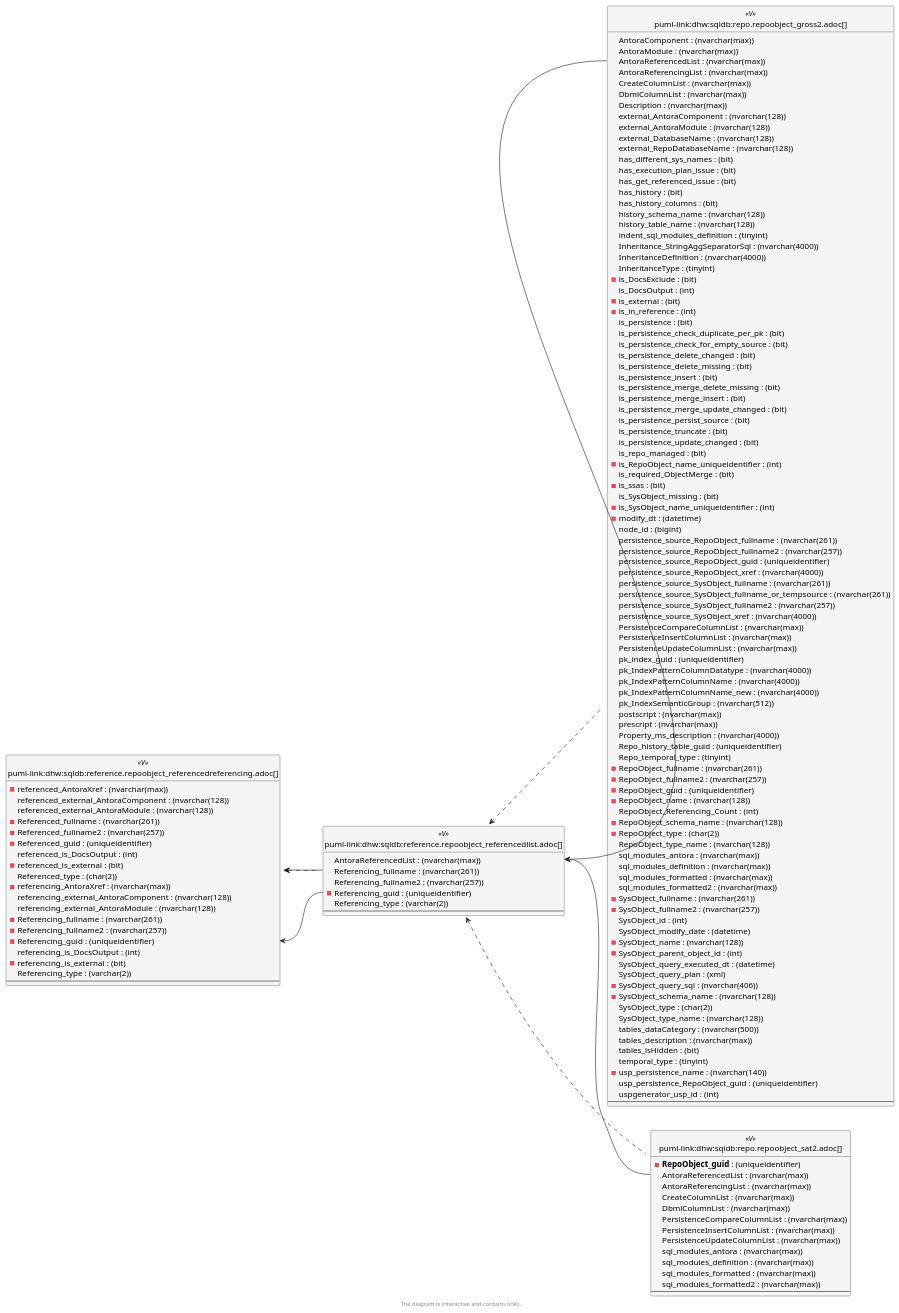
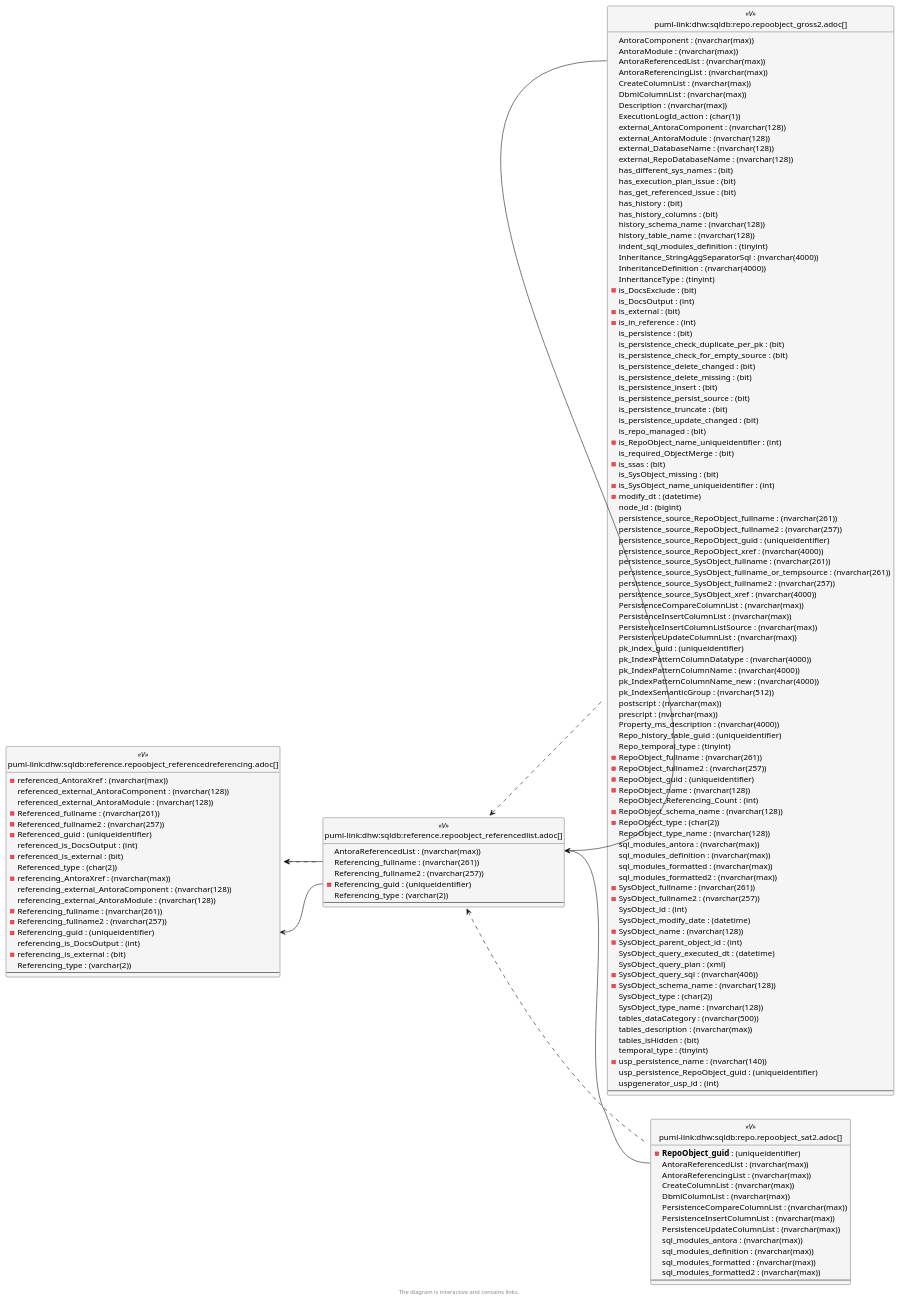
The sixth of 6 diagrams in docs/modules/sqldb/partials/content/reference.repoobject_referencedlist.adoc (DataHandwerk/dhw-antora-sqldb), drawn with PlantUML before and after one commit. The commit also changed other lines of this file and 751 other files, not shown here.

```diff
--- a/docs/modules/sqldb/partials/content/reference.repoobject_referencedlist.adoc
+++ b/docs/modules/sqldb/partials/content/reference.repoobject_referencedlist.adoc
@@ -1556,6 +1566,7 @@
   CreateColumnList : (nvarchar(max))
   DbmlColumnList : (nvarchar(max))
   Description : (nvarchar(max))
+  ExecutionLogId_action : (char(1))
   external_AntoraComponent : (nvarchar(128))
   external_AntoraModule : (nvarchar(128))
   external_DatabaseName : (nvarchar(128))
@@ -1581,9 +1592,6 @@
   is_persistence_delete_changed : (bit)
   is_persistence_delete_missing : (bit)
   is_persistence_insert : (bit)
-  is_persistence_merge_delete_missing : (bit)
-  is_persistence_merge_insert : (bit)
-  is_persistence_merge_update_changed : (bit)
   is_persistence_persist_source : (bit)
   is_persistence_truncate : (bit)
   is_persistence_update_changed : (bit)
@@ -1605,6 +1613,7 @@
   persistence_source_SysObject_xref : (nvarchar(4000))
   PersistenceCompareColumnList : (nvarchar(max))
   PersistenceInsertColumnList : (nvarchar(max))
+  PersistenceInsertColumnListSource : (nvarchar(max))
   PersistenceUpdateColumnList : (nvarchar(max))
   pk_index_guid : (uniqueidentifier)
   pk_IndexPatternColumnDatatype : (nvarchar(4000))
```
